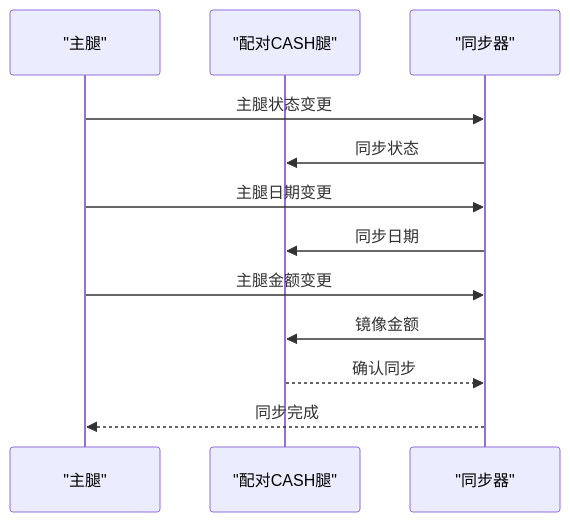
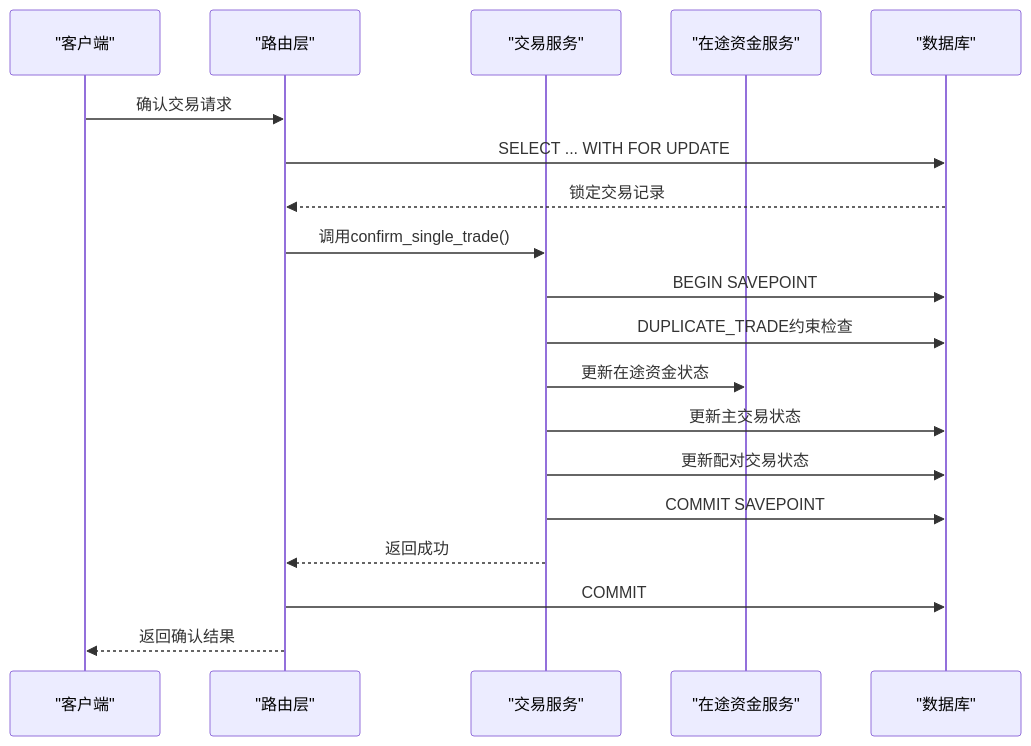
One commit to gujialind/InvestRing changed the sixth of 17 diagrams in .qoder/repowiki/zh/content/核心业务功能/交易处理.md. Above: the diagram before and after it, drawn with Mermaid. The commit also changed other lines of this file and 64 other files, not shown here.

````diff
--- a/.qoder/repowiki/zh/content/核心业务功能/交易处理.md
+++ b/.qoder/repowiki/zh/content/核心业务功能/交易处理.md
@@ -385,14 +369,21 @@
 ```mermaid
 sequenceDiagram
-participant Main as "主腿"
-participant Pair as "配对CASH腿"
-participant Sync as "同步器"
-Main->>Sync : 主腿状态变更
-Sync->>Pair : 同步状态
-Main->>Sync : 主腿日期变更
-Sync->>Pair : 同步日期
-Main->>Sync : 主腿金额变更
-Sync->>Pair : 镜像金额
-Pair-->>Sync : 确认同步
-Sync-->>Main : 同步完成
+participant Client as "客户端"
+participant Router as "路由层"
+participant Service as "交易服务"
+participant IC as "在途资金服务"
+participant DB as "数据库"
+Client->>Router : 确认交易请求
+Router->>DB : SELECT ... WITH FOR UPDATE
+DB-->>Router : 锁定交易记录
+Router->>Service : 调用confirm_single_trade()
+Service->>DB : BEGIN SAVEPOINT
+Service->>DB : DUPLICATE_TRADE约束检查
+Service->>IC : 更新在途资金状态
+Service->>DB : 更新主交易状态
+Service->>DB : 更新配对交易状态
+Service->>DB : COMMIT SAVEPOINT
+Service-->>Router : 返回成功
+Router->>DB : COMMIT
+Router-->>Client : 返回确认结果
 ```
````
